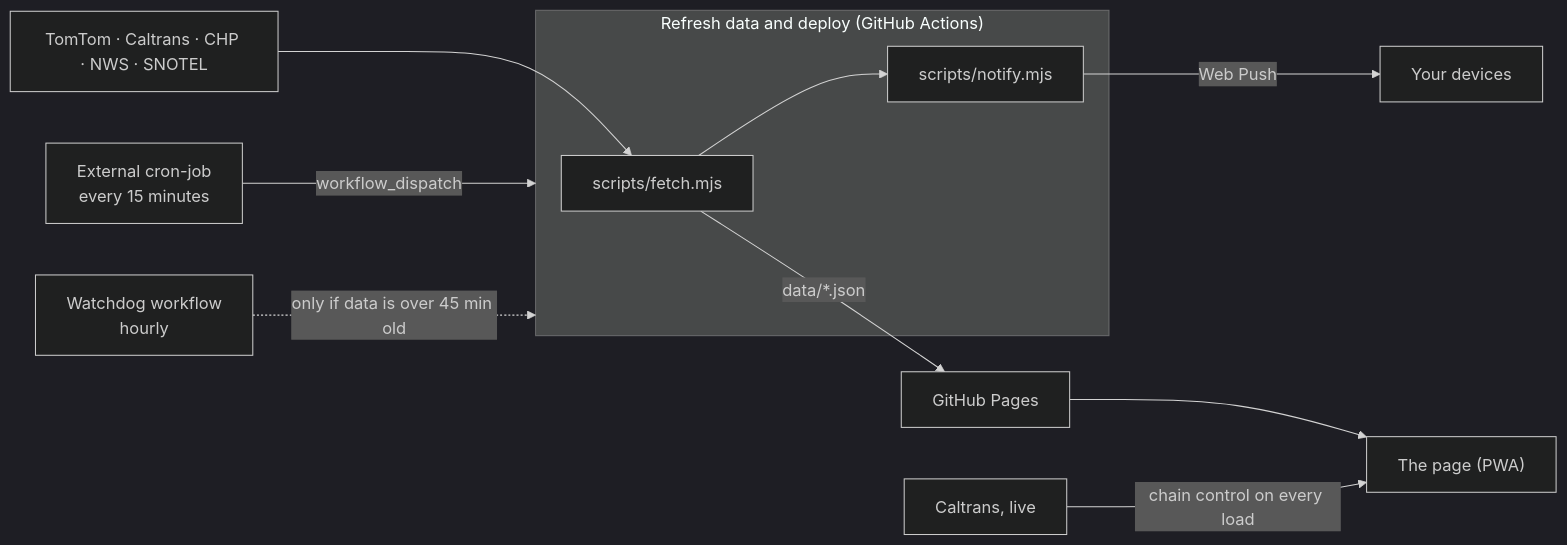
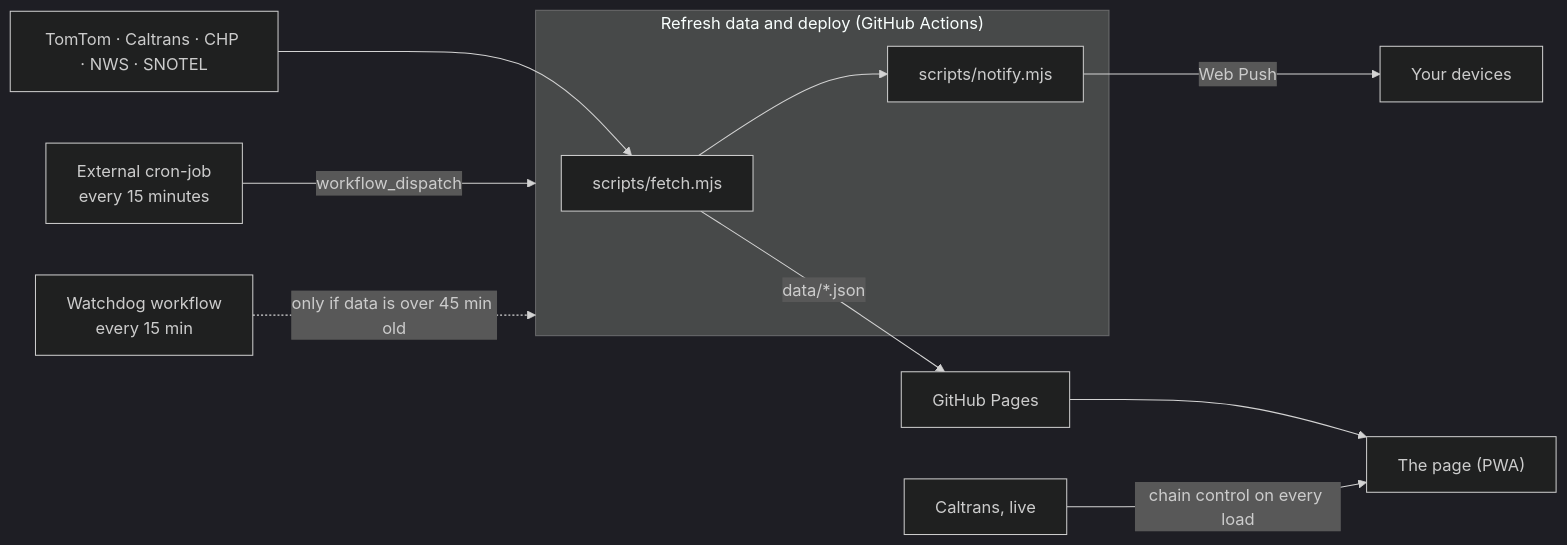
Before and after one commit to ColeridgeGuo/tahoe-trip-planner: the diagram in README.md, drawn with Mermaid (dark theme). The commit also changed other lines of this file and 3 other files, not shown here.

First line of the commit message:
Watchdog: check every 15 minutes, started from outside as well as by GitHub's scheduler

````diff
--- a/README.md
+++ b/README.md
@@ -103,13 +103,13 @@
 ```mermaid
 flowchart LR
   cron["External cron-job<br>every 15 minutes"] -->|workflow_dispatch| deploy
-  watchdog["Watchdog workflow<br>hourly"] -.->|only if data is over 45 min old| deploy
+  watchdog["Watchdog workflow<br>every 15 min"] -.->|only if data is over 45 min old| deploy
   subgraph deploy["Refresh data and deploy (GitHub Actions)"]
     fetch["scripts/fetch.mjs"] --> notify["scripts/notify.mjs"]
   end
   feeds["TomTom · Caltrans · CHP · NWS · SNOTEL"] --> fetch
   fetch -->|data/*.json| pages["GitHub Pages"]
   notify -->|Web Push| phone["Your devices"]
   pages --> app["The page (PWA)"]
   caltrans["Caltrans, live"] -->|chain control on every load| app
 ```
````
